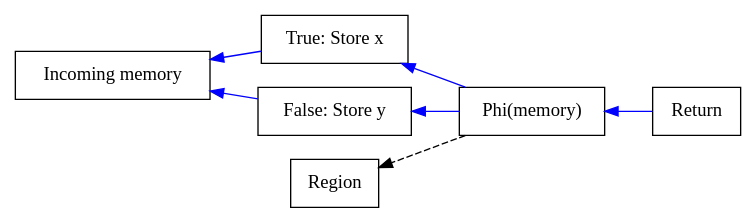
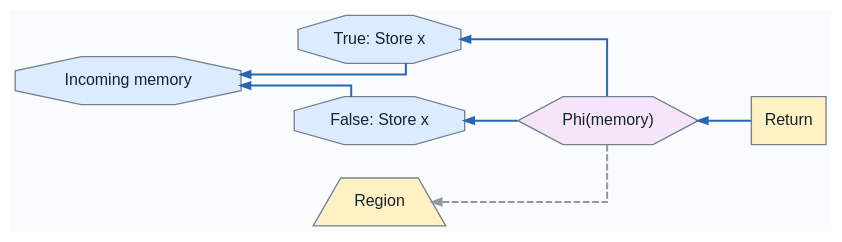
One commit to SeaOfNodes/Simple changed the diagram in chapter10a/docs/example2a.gv. Above: the diagram before and after it, drawn with Graphviz. The commit also changed 175 other files, not shown here.

```diff
--- a/chapter10a/docs/example2a.gv
+++ b/chapter10a/docs/example2a.gv
@@ -1,10 +1,17 @@
 digraph Memory {
+  // IR styles match graph/web/render.js; arrows are use -> definition.
+  graph [bgcolor="#fafbfc" fontname="Helvetica" nodesep=0.35 ranksep=0.55 splines=ortho];
+  node [fontname="Helvetica" fontsize=12 color="#758191" fontcolor="#152330" shape=box style="rounded,filled" fillcolor="#edf3f7"];
+  edge [fontname="Helvetica" fontsize=9 color="#536477" fontcolor="#364352" arrowsize=0.7 penwidth=1.5];
+
   rankdir=RL;
-  node [shape=box];
-  M [label="Incoming memory"];
-  A [label="True: Store x"];
-  B [label="False: Store y"];
-  P [label="Phi(memory)"];
-  P -> A -> M [color=blue]; P -> B -> M [color=blue];
-  P -> Region [style=dashed]; Return -> P [color=blue];
+
+  M [label="Incoming memory" shape=octagon style="filled" fillcolor="#dcecff"];
+  A [label="True: Store x" shape=octagon style="filled" fillcolor="#dcecff"];
+  B [label="False: Store x" shape=octagon style="filled" fillcolor="#dcecff"];
+  P [label="Phi(memory)" shape=hexagon style="filled" fillcolor="#f5e4fa"];
+  P -> A -> M [color="#2867b2"]; P -> B -> M [color="#2867b2"];
+  P -> Region [style=dashed,color="#9396a3"]; Return -> P [color="#2867b2"];
+  Return [shape=box style="filled" fillcolor="#fff1c4"];
+  Region [shape=trapezium style="filled" fillcolor="#fff1c4"];
 }
```
